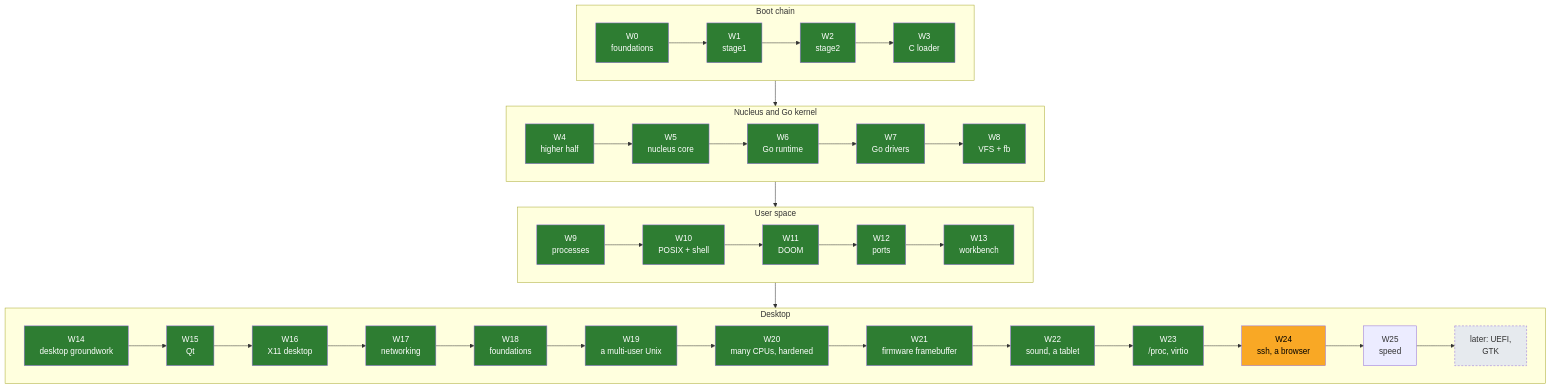
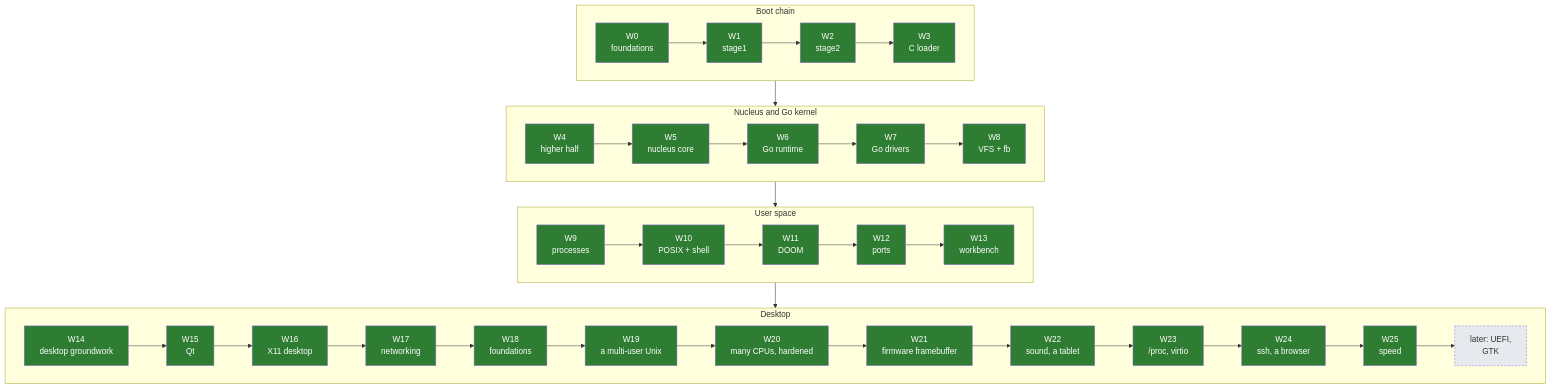
Before and after one commit to decagondev/burrow: the diagram in docs/04-plan/ROADMAP.md, drawn with Mermaid. The commit also changed other lines of this file and 13 other files, not shown here.

Commit message:
W25-S06: M25: budgets from the wave's measurements; ARCHITECTURE 7.10, ADR-0012; wave closed

````diff
--- a/docs/04-plan/ROADMAP.md
+++ b/docs/04-plan/ROADMAP.md
@@ -34,26 +34,25 @@
 ```mermaid
 flowchart TB
     subgraph boot["Boot chain"]
         direction LR
         W0["W0<br/>foundations"] --> W1["W1<br/>stage1"] --> W2["W2<br/>stage2"] --> W3["W3<br/>C loader"]
     end
     subgraph core["Nucleus and Go kernel"]
         direction LR
         W4["W4<br/>higher half"] --> W5["W5<br/>nucleus core"] --> W6["W6<br/>Go runtime"] --> W7["W7<br/>Go drivers"] --> W8["W8<br/>VFS + fb"]
     end
     subgraph unix["User space"]
         direction LR
         W9["W9<br/>processes"] --> W10["W10<br/>POSIX + shell"] --> W11["W11<br/>DOOM"] --> W12["W12<br/>ports"] --> W13["W13<br/>workbench"]
     end
     subgraph desk["Desktop"]
         direction LR
         W14["W14<br/>desktop groundwork"] --> W15["W15<br/>Qt"] --> W16["W16<br/>X11 desktop"] --> W17["W17<br/>networking"] --> W18["W18<br/>foundations"] --> W19["W19<br/>a multi-user Unix"] --> W20["W20<br/>many CPUs, hardened"] --> W21["W21<br/>firmware framebuffer"] --> W22["W22<br/>sound, a tablet"] --> W23["W23<br/>/proc, virtio"] --> W24["W24<br/>ssh, a browser"] --> W25["W25<br/>speed"] --> X["later: UEFI,<br/>GTK"]
     end
     boot --> core --> unix --> desk
     classDef done fill:#2e7d32,color:#fff;
     classDef next fill:#f9a825,color:#000;
     classDef later fill:#e6eaee,color:#333,stroke-dasharray: 4 3;
-    class W0,W1,W2,W3,W4,W5,W6,W7,W8,W9,W10,W11,W12,W13,W14,W15,W16,W17,W18,W19,W20,W21,W22,W23 done;
-    class W24 next;
+    class W0,W1,W2,W3,W4,W5,W6,W7,W8,W9,W10,W11,W12,W13,W14,W15,W16,W17,W18,W19,W20,W21,W22,W23,W24,W25 done;
     class X later;
 ```
````
